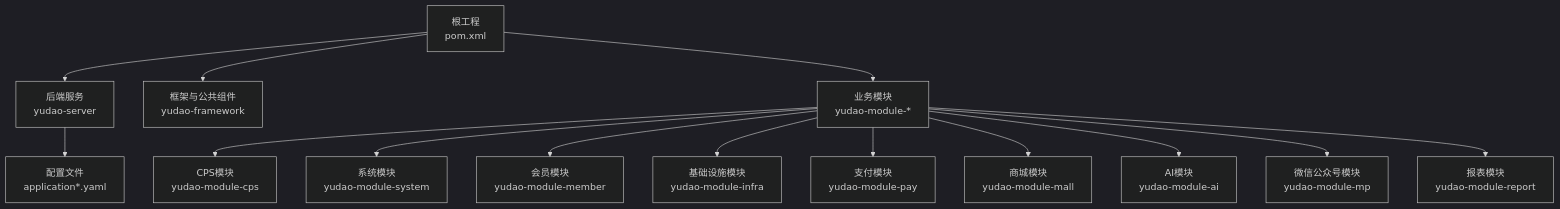
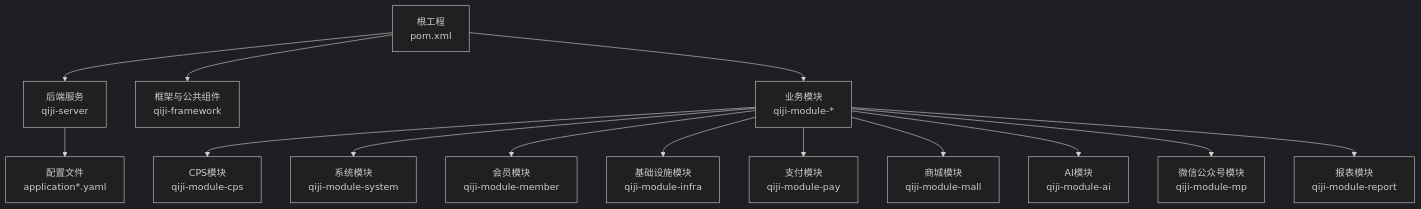
Before and after one commit to zhuangpengLI/AgenticCPS: the first of 5 diagrams in backend/.qoder/repowiki/zh/content/开发指南/开发指南.md, drawn with Mermaid (dark theme). The commit also changed other lines of this file and 3489 other files, not shown here.

````diff
--- a/backend/.qoder/repowiki/zh/content/开发指南/开发指南.md
+++ b/backend/.qoder/repowiki/zh/content/开发指南/开发指南.md
@@ -40,16 +40,16 @@
 ```mermaid
 graph TB
-Root["根工程<br/>pom.xml"] --> Server["后端服务<br/>yudao-server"]
-Root --> Framework["框架与公共组件<br/>yudao-framework"]
-Root --> Modules["业务模块<br/>yudao-module-*"]
+Root["根工程<br/>pom.xml"] --> Server["后端服务<br/>qiji-server"]
+Root --> Framework["框架与公共组件<br/>qiji-framework"]
+Root --> Modules["业务模块<br/>qiji-module-*"]
 Server --> Config["配置文件<br/>application*.yaml"]
-Modules --> CPS["CPS模块<br/>yudao-module-cps"]
-Modules --> System["系统模块<br/>yudao-module-system"]
-Modules --> Member["会员模块<br/>yudao-module-member"]
-Modules --> Infra["基础设施模块<br/>yudao-module-infra"]
-Modules --> Pay["支付模块<br/>yudao-module-pay"]
-Modules --> Mall["商城模块<br/>yudao-module-mall"]
-Modules --> AI["AI模块<br/>yudao-module-ai"]
-Modules --> MP["微信公众号模块<br/>yudao-module-mp"]
-Modules --> Report["报表模块<br/>yudao-module-report"]
+Modules --> CPS["CPS模块<br/>qiji-module-cps"]
+Modules --> System["系统模块<br/>qiji-module-system"]
+Modules --> Member["会员模块<br/>qiji-module-member"]
+Modules --> Infra["基础设施模块<br/>qiji-module-infra"]
+Modules --> Pay["支付模块<br/>qiji-module-pay"]
+Modules --> Mall["商城模块<br/>qiji-module-mall"]
+Modules --> AI["AI模块<br/>qiji-module-ai"]
+Modules --> MP["微信公众号模块<br/>qiji-module-mp"]
+Modules --> Report["报表模块<br/>qiji-module-report"]
 ```
````
